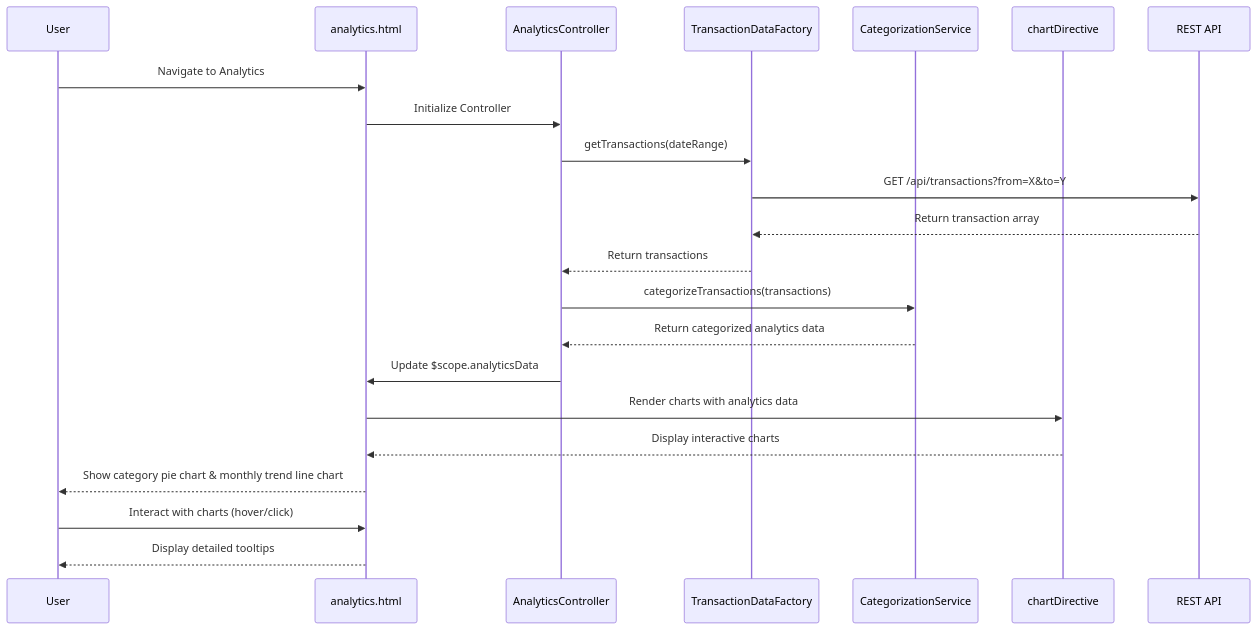
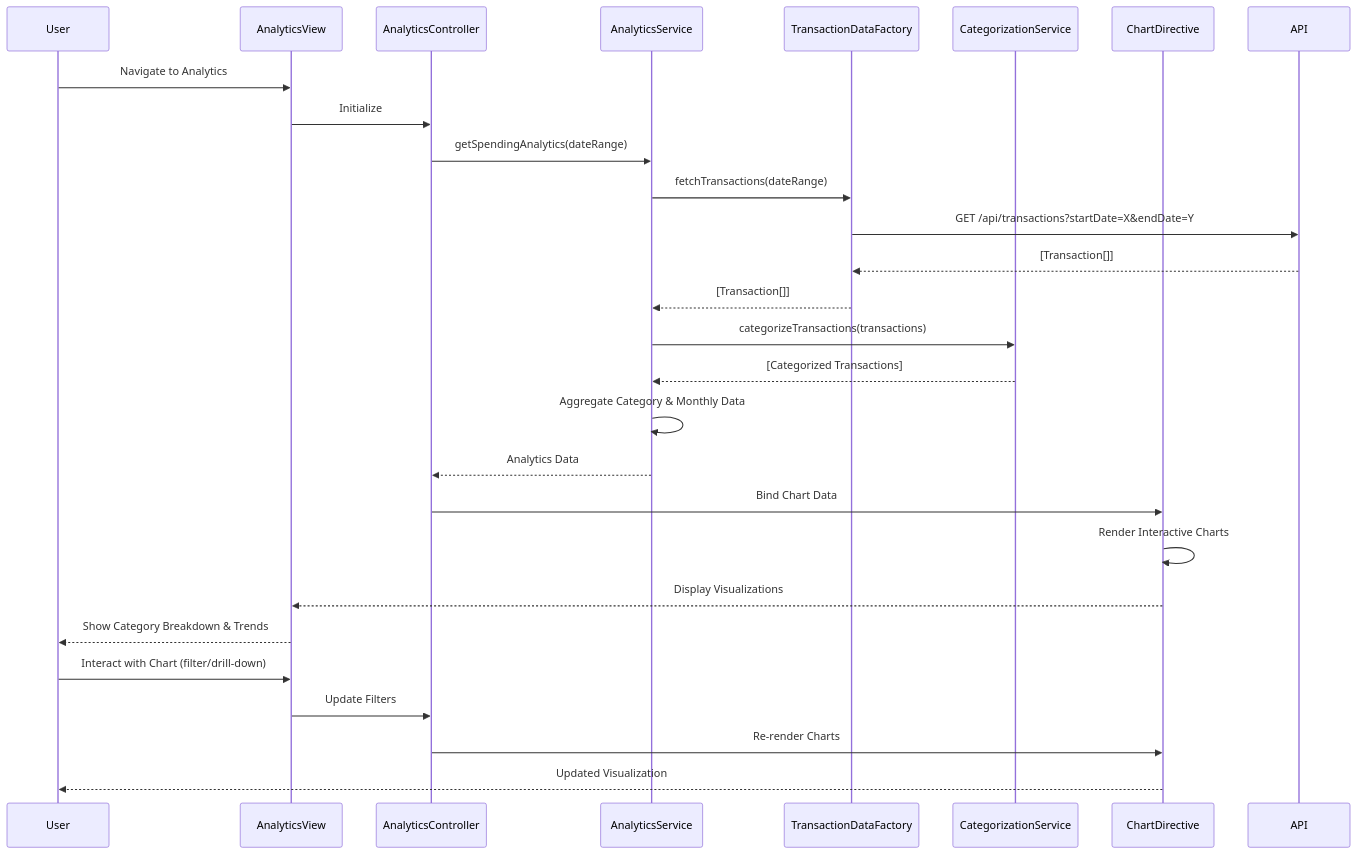
Before and after one commit to Davamani-git/APB_Demo: the diagram in LLD/QE-4630_LLD.md, drawn with Mermaid. The commit also changed other lines of this file and 2 other files, not shown here.

````diff
--- a/LLD/QE-4630_LLD.md
+++ b/LLD/QE-4630_LLD.md
@@ -87,25 +100,31 @@
 ```mermaid
 sequenceDiagram
     participant User
-    participant View as analytics.html
-    participant Controller as AnalyticsController
-    participant Factory as TransactionDataFactory
-    participant Service as CategorizationService
-    participant Directive as chartDirective
-    participant API as REST API
+    participant AnalyticsView
+    participant AnalyticsController
+    participant AnalyticsService
+    participant TransactionDataFactory
+    participant CategorizationService
+    participant ChartDirective
+    participant API
 
-    User->>View: Navigate to Analytics
-    View->>Controller: Initialize Controller
-    Controller->>Factory: getTransactions(dateRange)
-    Factory->>API: GET /api/transactions?from=X&to=Y
-    API-->>Factory: Return transaction array
-    Factory-->>Controller: Return transactions
-    Controller->>Service: categorizeTransactions(transactions)
-    Service-->>Controller: Return categorized analytics data
-    Controller->>View: Update $scope.analyticsData
-    View->>Directive: Render charts with analytics data
-    Directive-->>View: Display interactive charts
-    View-->>User: Show category pie chart & monthly trend line chart
-    User->>View: Interact with charts (hover/click)
-    View-->>User: Display detailed tooltips
+    User->>AnalyticsView: Navigate to Analytics
+    AnalyticsView->>AnalyticsController: Initialize
+    AnalyticsController->>AnalyticsService: getSpendingAnalytics(dateRange)
+    AnalyticsService->>TransactionDataFactory: fetchTransactions(dateRange)
+    TransactionDataFactory->>API: GET /api/transactions?startDate=X&endDate=Y
+    API-->>TransactionDataFactory: [Transaction[]]
+    TransactionDataFactory-->>AnalyticsService: [Transaction[]]
+    AnalyticsService->>CategorizationService: categorizeTransactions(transactions)
+    CategorizationService-->>AnalyticsService: [Categorized Transactions]
+    AnalyticsService->>AnalyticsService: Aggregate Category & Monthly Data
+    AnalyticsService-->>AnalyticsController: Analytics Data
+    AnalyticsController->>ChartDirective: Bind Chart Data
+    ChartDirective->>ChartDirective: Render Interactive Charts
+    ChartDirective-->>AnalyticsView: Display Visualizations
+    AnalyticsView-->>User: Show Category Breakdown & Trends
+    User->>AnalyticsView: Interact with Chart (filter/drill-down)
+    AnalyticsView->>AnalyticsController: Update Filters
+    AnalyticsController->>ChartDirective: Re-render Charts
+    ChartDirective-->>User: Updated Visualization
 ```
````
